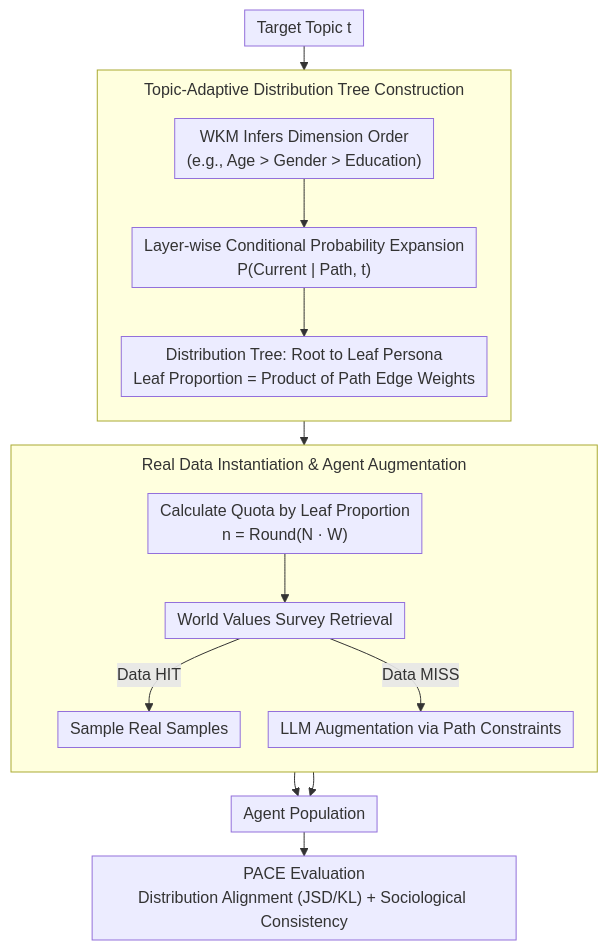
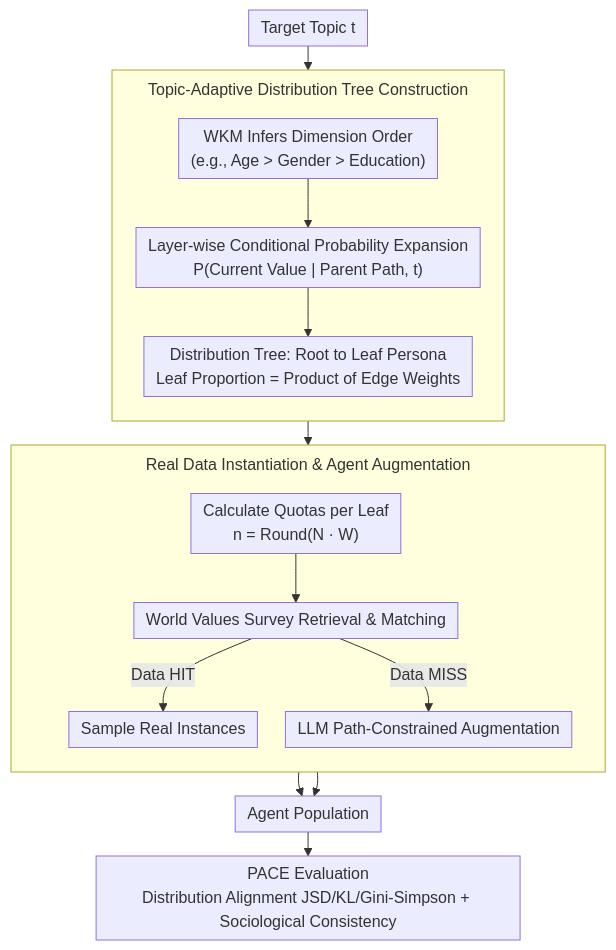
One commit to zhaoyang97/Paper-Notes-en changed the diagram in docs/ACL2026/llm_agent/hag_hierarchical_demographic_tree-based_agent_generation_for_topic-adaptive_simu.md. Above: the diagram before and after it, drawn with Mermaid. The commit also changed other lines of this file and 5084 other files, not shown here.

````diff
--- a/docs/ACL2026/llm_agent/hag_hierarchical_demographic_tree-based_agent_generation_for_topic-adaptive_simu.md
+++ b/docs/ACL2026/llm_agent/hag_hierarchical_demographic_tree-based_agent_generation_for_topic-adaptive_simu.md
@@ -43,20 +43,20 @@
 ```mermaid
 %%{init: {'flowchart': {'rankSpacing': 24, 'nodeSpacing': 28, 'padding': 6, 'wrappingWidth': 400, 'subGraphTitleMargin': {'top': 8, 'bottom': 16}}}}%%
 flowchart TD
     A["Target Topic t"] --> S1
     subgraph S1["Topic-Adaptive Distribution Tree Construction"]
         direction TB
-        B["WKM Infers Dimension Order<br/>(e.g., Age > Gender > Education)"] --> C["Layer-wise Conditional Probability Expansion<br/>P(Current | Path, t)"]
-        C --> D["Distribution Tree: Root to Leaf Persona<br/>Leaf Proportion = Product of Path Edge Weights"]
+        B["WKM Infers Dimension Order<br/>(e.g., Age > Gender > Education)"] --> C["Layer-wise Conditional Probability Expansion<br/>P(Current Value | Parent Path, t)"]
+        C --> D["Distribution Tree: Root to Leaf Persona<br/>Leaf Proportion = Product of Edge Weights"]
     end
     S1 --> S2
     subgraph S2["Real Data Instantiation & Agent Augmentation"]
         direction TB
-        E["Calculate Quota by Leaf Proportion<br/>n = Round(N · W)"] --> F["World Values Survey Retrieval"]
-        F -->|Data HIT| G["Sample Real Samples"]
-        F -->|Data MISS| H["LLM Augmentation via Path Constraints"]
+        E["Calculate Quotas per Leaf<br/>n = Round(N · W)"] --> F["World Values Survey Retrieval & Matching"]
+        F -->|Data HIT| G["Sample Real Instances"]
+        F -->|Data MISS| H["LLM Path-Constrained Augmentation"]
     end
     G --> I["Agent Population"]
     H --> I
-    I --> J["PACE Evaluation<br/>Distribution Alignment (JSD/KL) + Sociological Consistency"]
+    I --> J["PACE Evaluation<br/>Distribution Alignment JSD/KL/Gini-Simpson + Sociological Consistency"]
 ```
````
